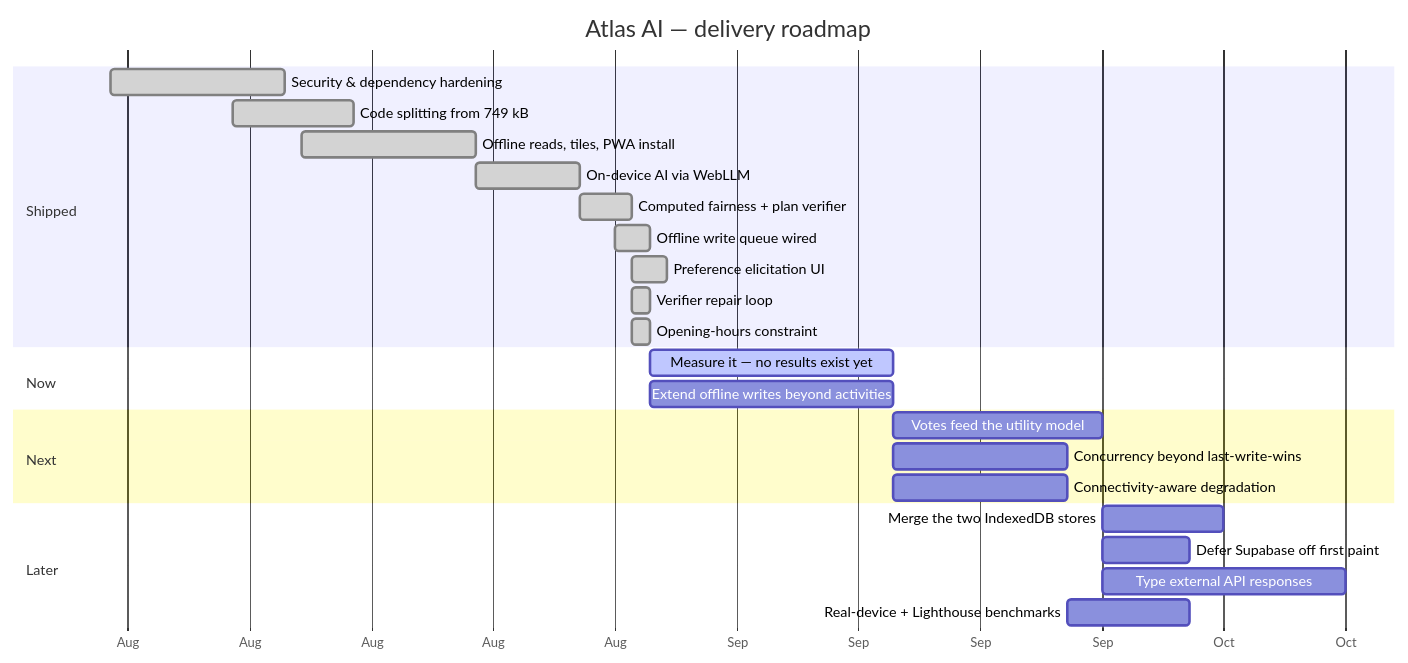
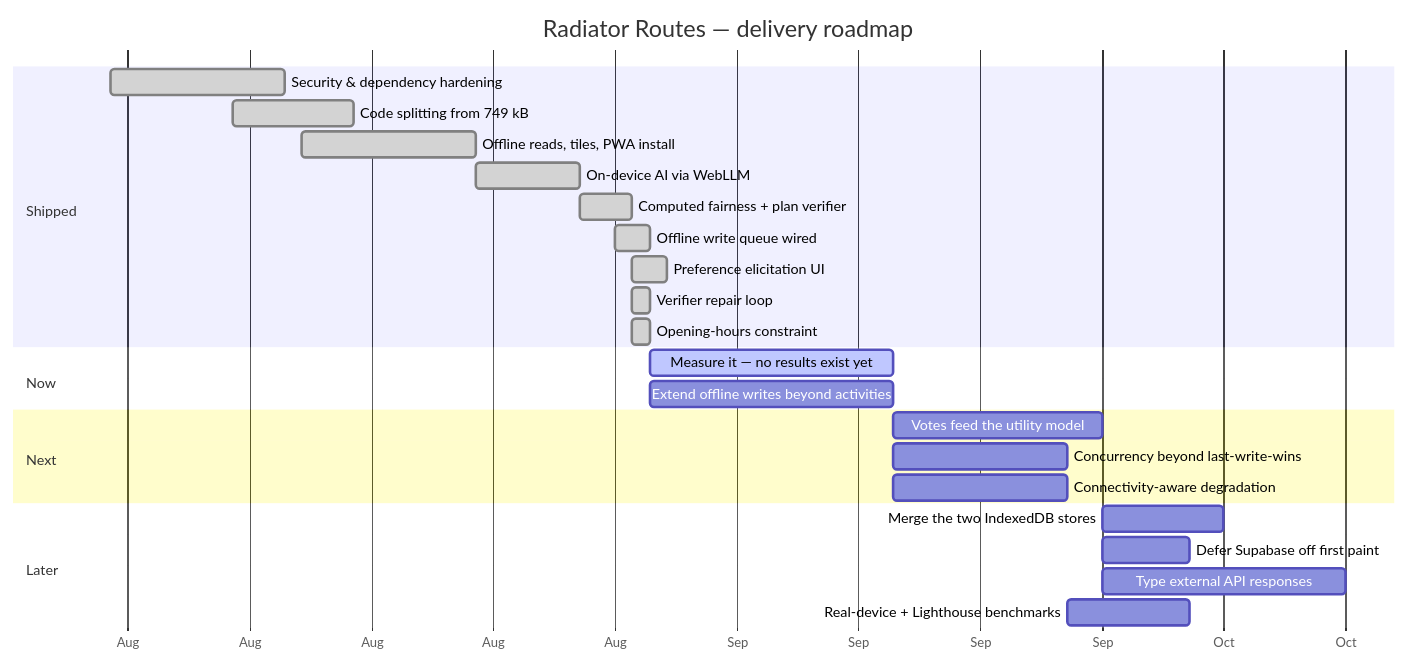
One commit to HarshTambade/Radiator-Routes changed the second of 2 diagrams in README.md. Above: the diagram before and after it, drawn with Mermaid. The commit also changed other lines of this file and 8 other files, not shown here.

Commit message:
Refactor project name from "Atlas AI" to "Radiator Routes" across documentation and license files; update README, BACKLOG, PLATFORM_API, REPORT, RESEARCH, and PATENT_DISCLOSURE to reflect new branding and clarify project scope and licensing terms.

````diff
--- a/README.md
+++ b/README.md
@@ -898,28 +904,28 @@
 ```mermaid
 gantt
-    title Atlas AI — delivery roadmap
+    title Radiator Routes — delivery roadmap
     dateFormat YYYY-MM-DD
     axisFormat %b
     section Shipped
     Security & dependency hardening      :done, s1, 2026-08-01, 10d
     Code splitting from 749 kB           :done, s2, 2026-08-08, 7d
     Offline reads, tiles, PWA install    :done, s3, 2026-08-12, 10d
     On-device AI via WebLLM              :done, s4, 2026-08-22, 6d
     Computed fairness + plan verifier    :done, s5, 2026-08-28, 3d
     Offline write queue wired            :done, s6, 2026-08-30, 2d
     Preference elicitation UI            :done, s7, 2026-08-31, 2d
     Verifier repair loop                 :done, s8, 2026-08-31, 1d
     Opening-hours constraint             :done, s9, 2026-08-31, 1d
     section Now
     Measure it — no results exist yet    :active, n1, 2026-09-01, 14d
     Extend offline writes beyond activities :n2, 2026-09-01, 14d
     section Next
     Votes feed the utility model         :x1, after n2, 12d
     Concurrency beyond last-write-wins   :x2, after n2, 10d
     Connectivity-aware degradation       :x3, after n1, 10d
     section Later
     Merge the two IndexedDB stores       :l1, after x1, 7d
     Defer Supabase off first paint       :l2, after x1, 5d
     Type external API responses          :l3, after x1, 14d
     Real-device + Lighthouse benchmarks  :l4, after x3, 7d
 ```
````
